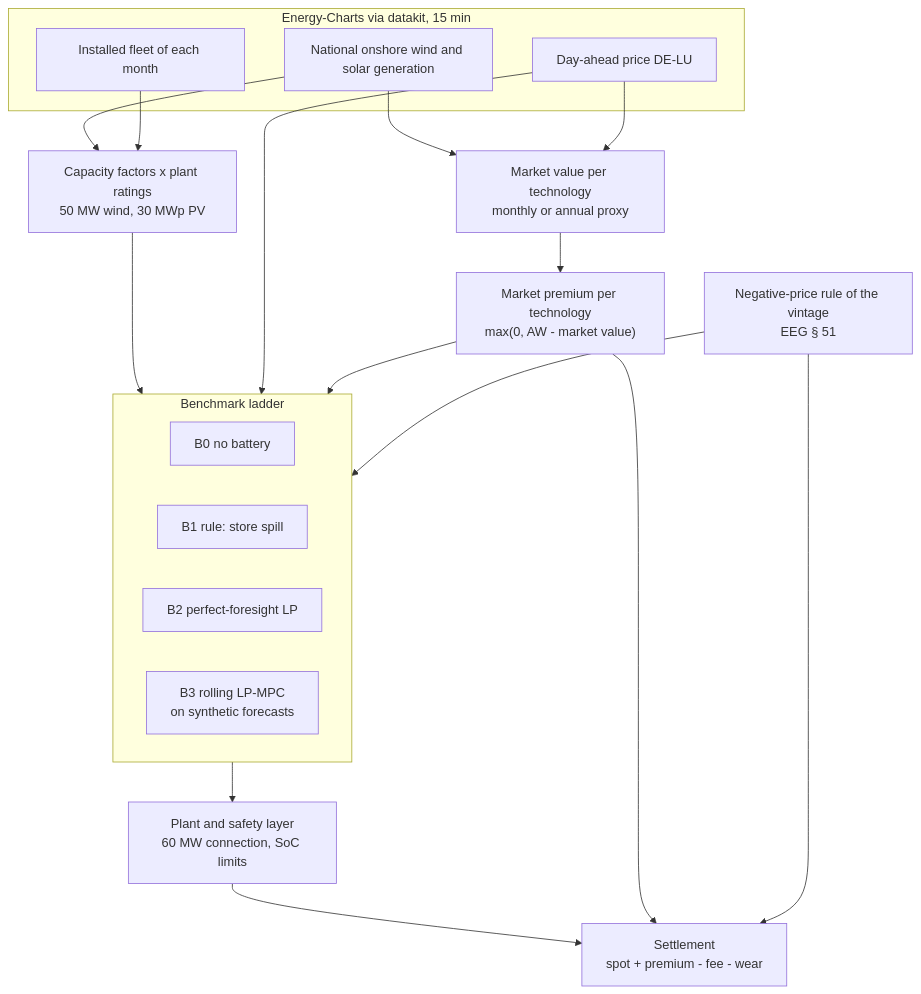
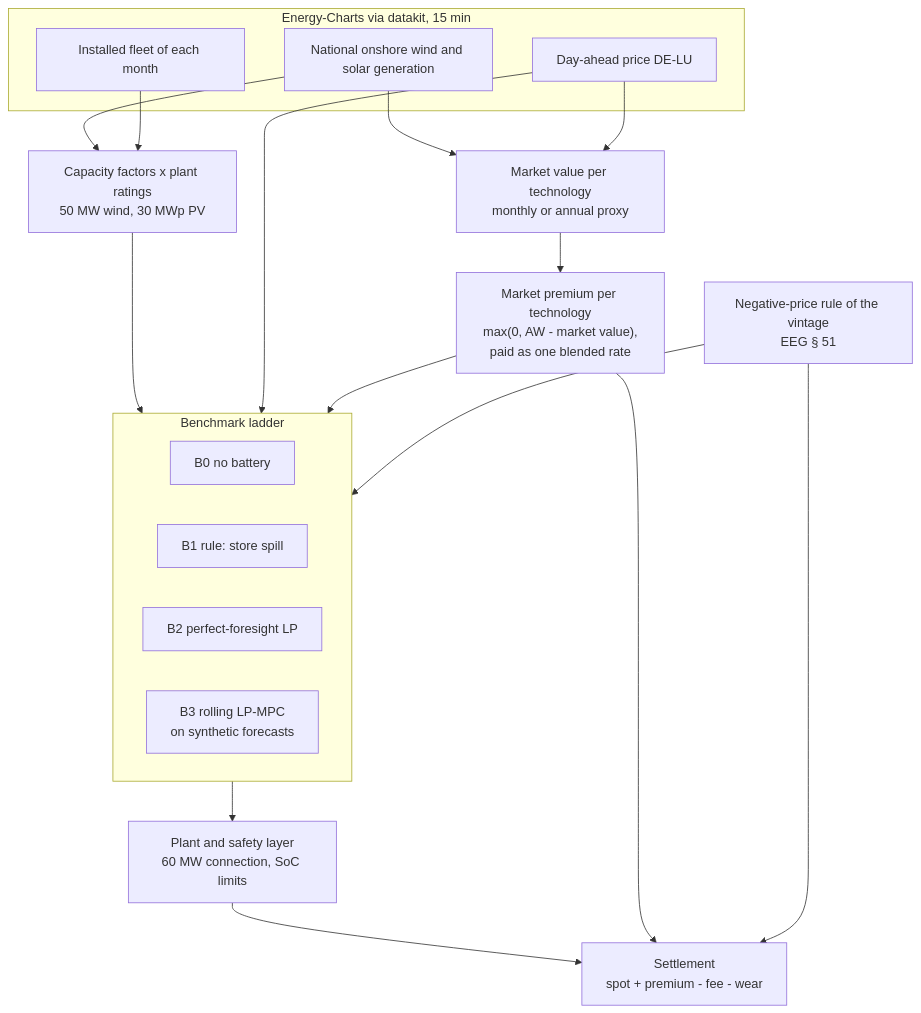
The diagram in projects/02-utility-hybrid-plant-dispatch/README.md (muratkus01/Portfolio), drawn with Mermaid before and after one commit. The commit also changed other lines of this file and 1 other file, not shown here.

````diff
--- a/projects/02-utility-hybrid-plant-dispatch/README.md
+++ b/projects/02-utility-hybrid-plant-dispatch/README.md
@@ -447,36 +478,36 @@
 ```mermaid
 flowchart TB
     subgraph EC["Energy-Charts via datakit, 15 min"]
         GEN["National onshore wind and solar generation"]
         CAP["Installed fleet of each month"]
         DA["Day-ahead price DE-LU"]
     end
 
     CF["Capacity factors x plant ratings<br/>50 MW wind, 30 MWp PV"]
     MV["Market value per technology<br/>monthly or annual proxy"]
-    PREM["Market premium per technology<br/>max(0, AW - market value)"]
+    PREM["Market premium per technology<br/>max(0, AW - market value),<br/>paid as one blended rate"]
     RULE["Negative-price rule of the vintage<br/>EEG § 51"]
 
     subgraph LAD["Benchmark ladder"]
         B0["B0 no battery"]
         B1["B1 rule: store spill"]
         B2["B2 perfect-foresight LP"]
         B3["B3 rolling LP-MPC<br/>on synthetic forecasts"]
     end
 
     POI["Plant and safety layer<br/>60 MW connection, SoC limits"]
     SET["Settlement<br/>spot + premium - fee - wear"]
 
     GEN --> CF
     CAP --> CF
     GEN --> MV
     DA --> MV
     MV --> PREM
     CF --> LAD
     DA --> LAD
     PREM --> LAD
     RULE --> LAD
     LAD --> POI --> SET
     PREM --> SET
     RULE --> SET
 ```
````
